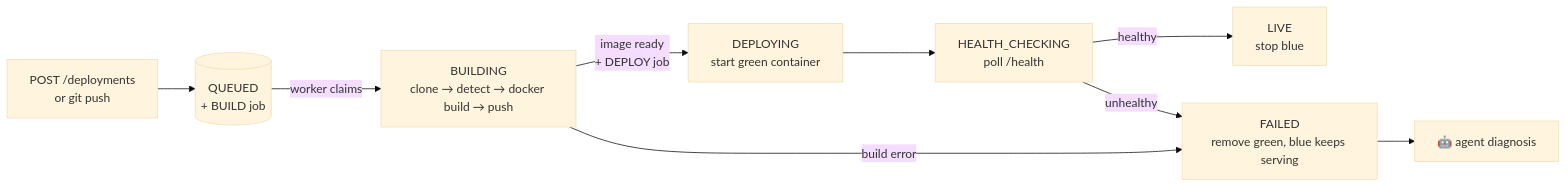
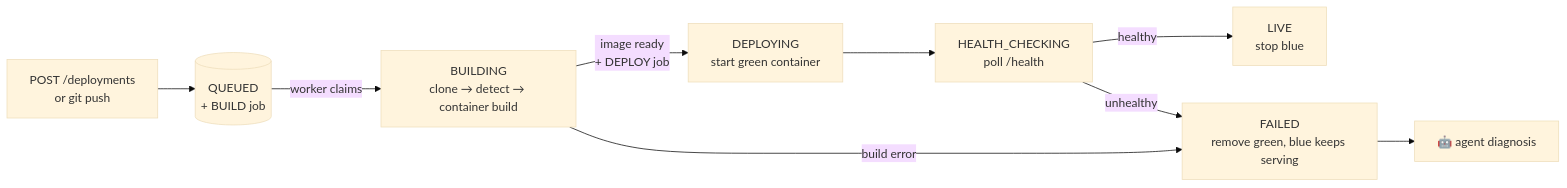
One commit to sshivanshg/forge changed the fourth of 4 diagrams in docs/02-architecture.md. Above: the diagram before and after it, drawn with Mermaid (base theme). The commit also changed other lines of this file and 11 other files, not shown here.

````diff
--- a/docs/02-architecture.md
+++ b/docs/02-architecture.md
@@ -118,11 +121,11 @@
 ```mermaid
 flowchart LR
     A[POST /deployments<br/>or git push] --> B[(QUEUED<br/>+ BUILD job)]
-    B -->|worker claims| C[BUILDING<br/>clone → detect → docker build → push]
+    B -->|worker claims| C[BUILDING<br/>clone → detect → container build]
     C -->|image ready<br/>+ DEPLOY job| D[DEPLOYING<br/>start green container]
     D --> E[HEALTH_CHECKING<br/>poll /health]
     E -->|healthy| F[LIVE<br/>stop blue]
     E -->|unhealthy| G[FAILED<br/>remove green, blue keeps serving]
     C -->|build error| G
     G --> H[🤖 agent diagnosis]
 ```
````
